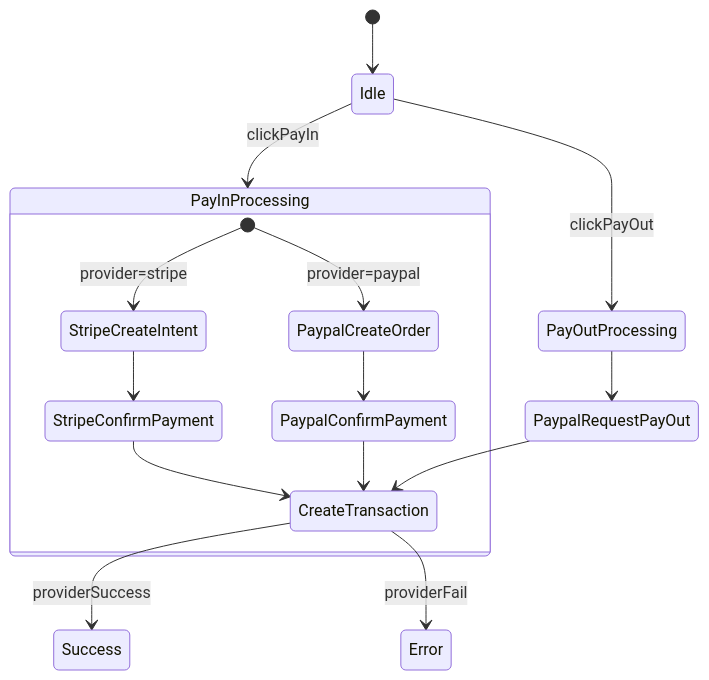
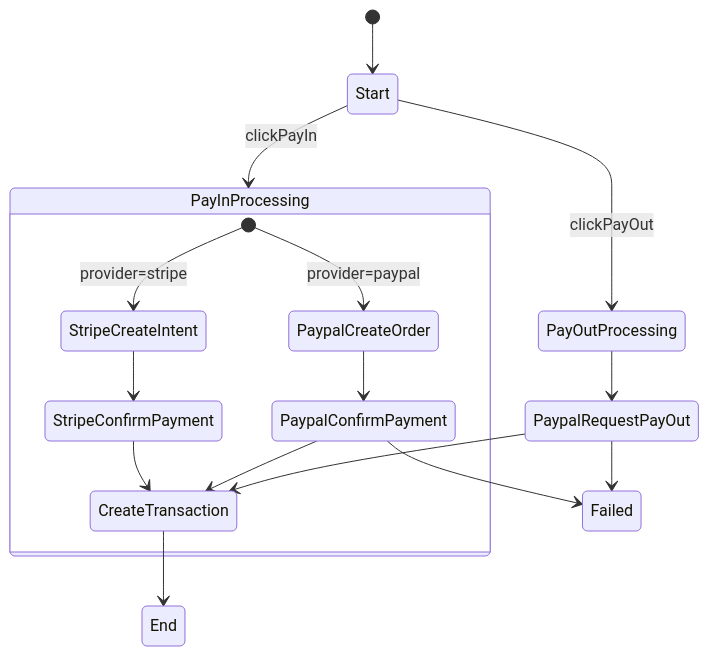
One commit to quochuydev/quochuydev changed the third of 5 diagrams in researching/paypal-stripe-payment/prompt.md. Above: the diagram before and after it, drawn with Mermaid. The commit also changed 404 other files, not shown here.

````diff
--- a/researching/paypal-stripe-payment/prompt.md
+++ b/researching/paypal-stripe-payment/prompt.md
@@ -86,23 +86,24 @@
 ```mermaid
 stateDiagram
-  [*] --> Idle
+  [*] --> Start
 
-  Idle --> PayInProcessing : clickPayIn
+  Start --> PayInProcessing : clickPayIn
 
   state PayInProcessing {
     [*] --> StripeCreateIntent : provider=stripe
     StripeCreateIntent --> StripeConfirmPayment
     StripeConfirmPayment --> CreateTransaction
 
     [*] --> PaypalCreateOrder : provider=paypal
     PaypalCreateOrder --> PaypalConfirmPayment
     PaypalConfirmPayment --> CreateTransaction
   }
 
-  Idle --> PayOutProcessing : clickPayOut
+  Start --> PayOutProcessing : clickPayOut
   PayOutProcessing --> PaypalRequestPayOut
   PaypalRequestPayOut --> CreateTransaction
 
-  CreateTransaction --> Success : providerSuccess
-  CreateTransaction --> Error : providerFail
+  CreateTransaction --> End
+  PaypalRequestPayOut --> Failed
+  PaypalConfirmPayment --> Failed
 ```
````
